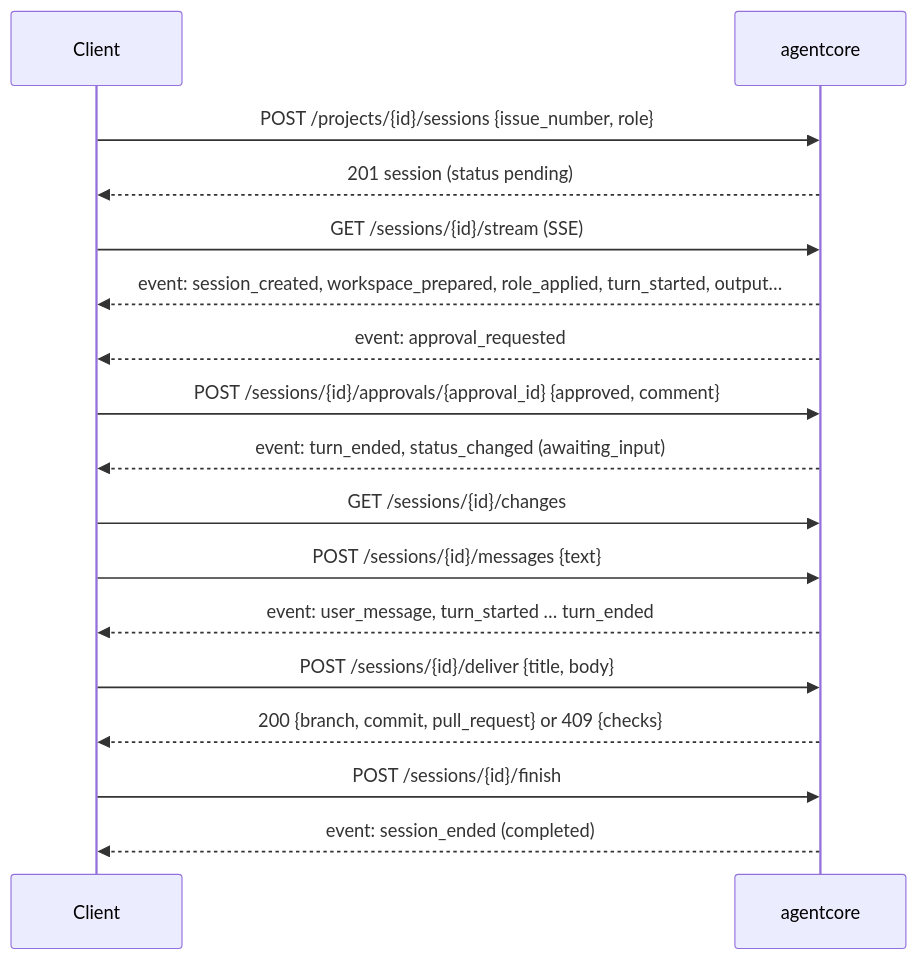
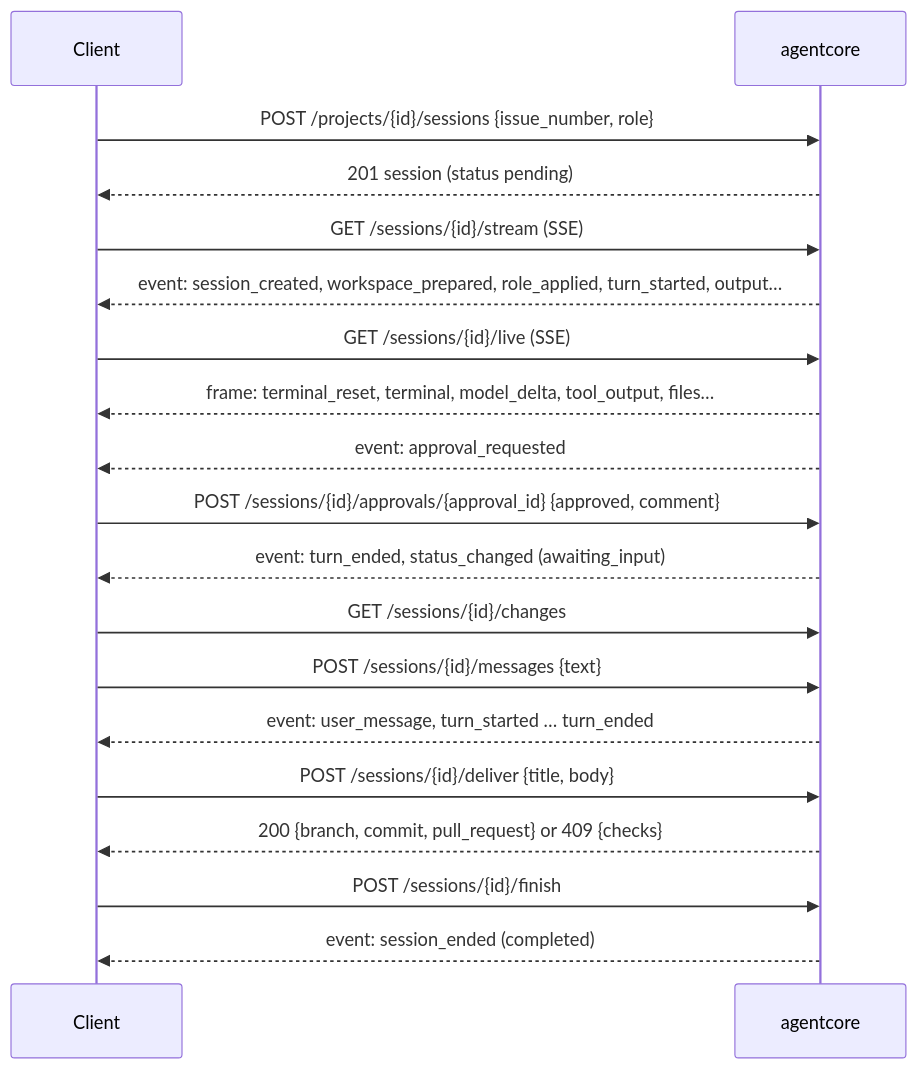
One commit to Jaelse/agentcore changed the second of 2 diagrams in docs/API.md. Above: the diagram before and after it, drawn with Mermaid. The commit also changed other lines of this file and 6 other files, not shown here.

First line of the commit message:
Document the live view, pausing and terminal recordings

````diff
--- a/docs/API.md
+++ b/docs/API.md
@@ -26,19 +26,21 @@
 ```mermaid
 sequenceDiagram
     participant C as Client
     participant A as agentcore
     C->>A: POST /projects/{id}/sessions {issue_number, role}
     A-->>C: 201 session (status pending)
     C->>A: GET /sessions/{id}/stream (SSE)
     A-->>C: event: session_created, workspace_prepared, role_applied, turn_started, output…
+    C->>A: GET /sessions/{id}/live (SSE)
+    A-->>C: frame: terminal_reset, terminal, model_delta, tool_output, files…
     A-->>C: event: approval_requested
     C->>A: POST /sessions/{id}/approvals/{approval_id} {approved, comment}
     A-->>C: event: turn_ended, status_changed (awaiting_input)
     C->>A: GET /sessions/{id}/changes
     C->>A: POST /sessions/{id}/messages {text}
     A-->>C: event: user_message, turn_started … turn_ended
     C->>A: POST /sessions/{id}/deliver {title, body}
     A-->>C: 200 {branch, commit, pull_request} or 409 {checks}
     C->>A: POST /sessions/{id}/finish
     A-->>C: event: session_ended (completed)
 ```
````
